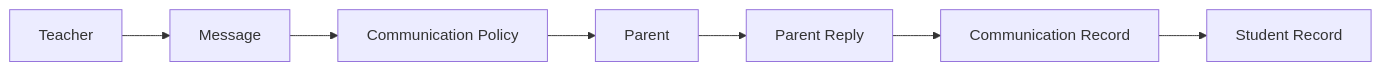
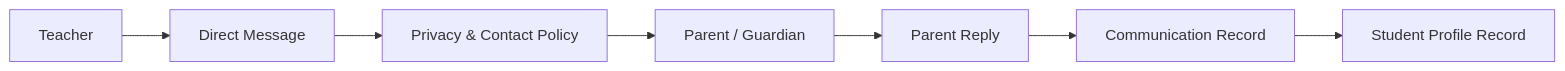
One commit to ishandutta2007/Awesome-School-Communication changed the fourth of 7 diagrams in README.md. Above: the diagram before and after it, drawn with Mermaid. The commit also changed other lines of this file and 2 other files, not shown here.

````diff
--- a/README.md
+++ b/README.md
@@ -1447,24 +502,9 @@
 ```mermaid
 flowchart LR
-
-    TEACHER[Teacher]
-
-    MESSAGE[Message]
-
-    POLICY[Communication Policy]
-
-    PARENT[Parent]
-
-    REPLY[Parent Reply]
-
-    RECORD[Communication Record]
-
-    SIS[Student Record]
-
-    TEACHER --> MESSAGE
-    MESSAGE --> POLICY
-    POLICY --> PARENT
-    PARENT --> REPLY
-    REPLY --> RECORD
-    RECORD --> SIS
+    TEACHER[Teacher] --> MESSAGE[Direct Message]
+    MESSAGE --> POLICY[Privacy & Contact Policy]
+    POLICY --> PARENT[Parent / Guardian]
+    PARENT --> REPLY[Parent Reply]
+    REPLY --> RECORD[Communication Record]
+    RECORD --> SIS[Student Profile Record]
 ```
````
